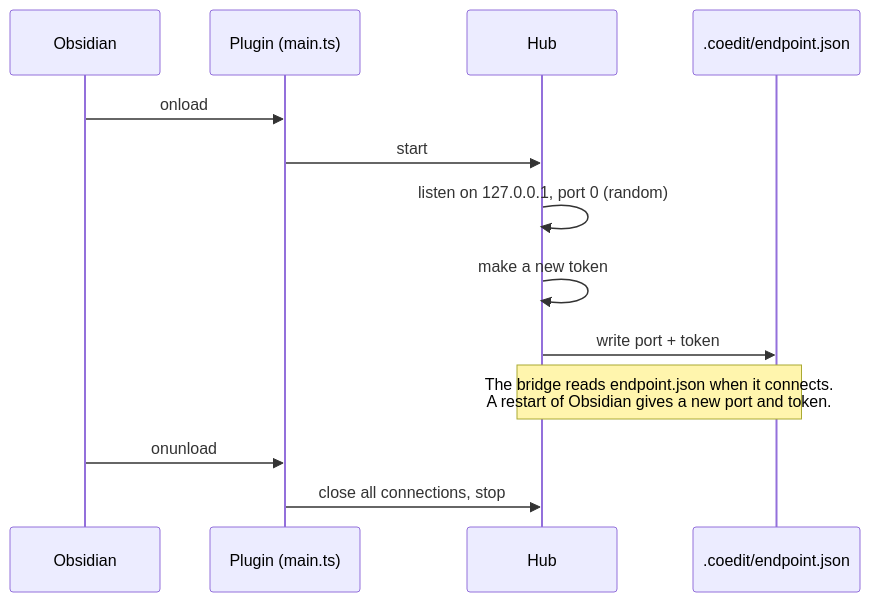
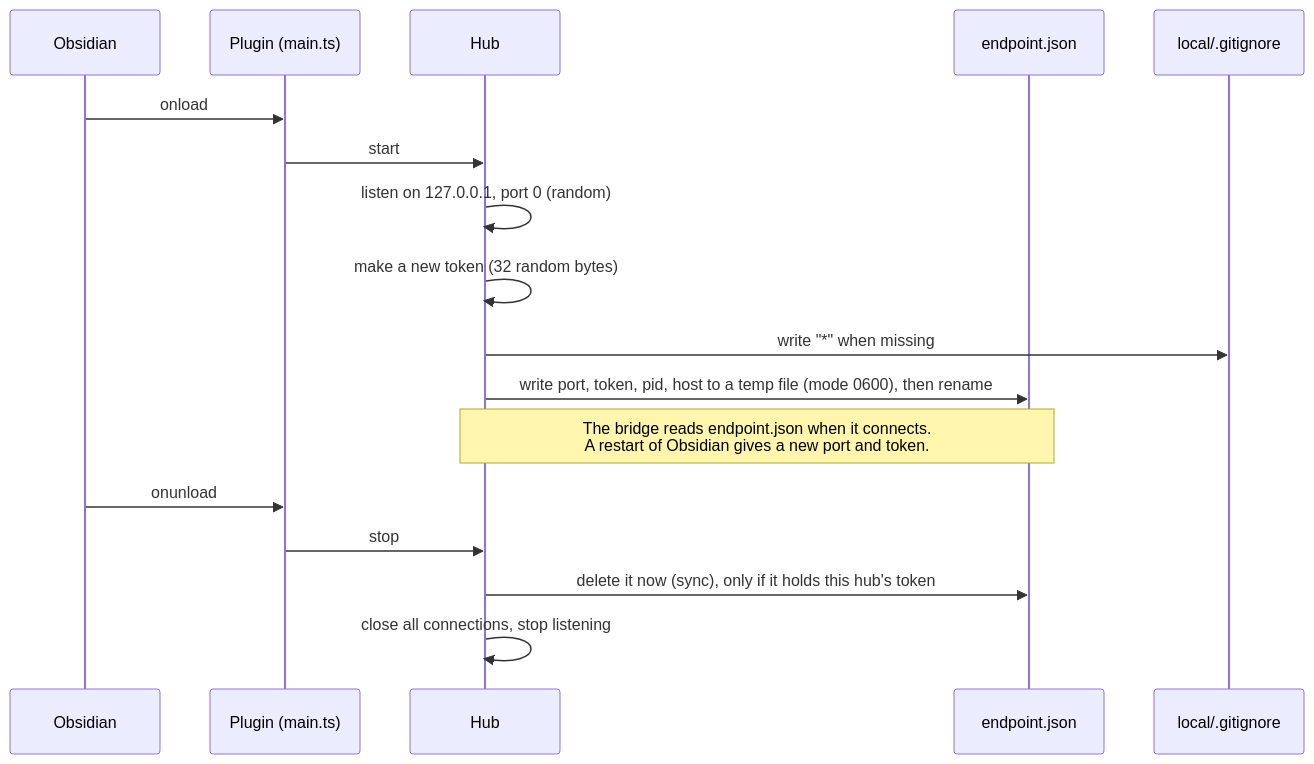
The fifth of 6 diagrams in openspec/docs/architecture-obsidian.md (novazembla/md-coeditor), drawn with Mermaid before and after one commit. The commit also changed other lines of this file and 140 other files, not shown here.

````diff
--- a/openspec/docs/architecture-obsidian.md
+++ b/openspec/docs/architecture-obsidian.md
@@ -168,16 +213,20 @@
 ```mermaid
 sequenceDiagram
   participant O as Obsidian
   participant P as Plugin (main.ts)
   participant H as Hub
-  participant EP as .coedit/endpoint.json
+  participant EP as endpoint.json
+  participant GI as local/.gitignore
 
   O->>P: onload
   P->>H: start
   H->>H: listen on 127.0.0.1, port 0 (random)
-  H->>H: make a new token
-  H->>EP: write port + token
+  H->>H: make a new token (32 random bytes)
+  H->>GI: write "*" when missing
+  H->>EP: write port, token, pid, host to a temp file (mode 0600), then rename
   Note over H,EP: The bridge reads endpoint.json when it connects.<br/>A restart of Obsidian gives a new port and token.
   O->>P: onunload
-  P->>H: close all connections, stop
+  P->>H: stop
+  H->>EP: delete it now (sync), only if it holds this hub's token
+  H->>H: close all connections, stop listening
 ```
````
